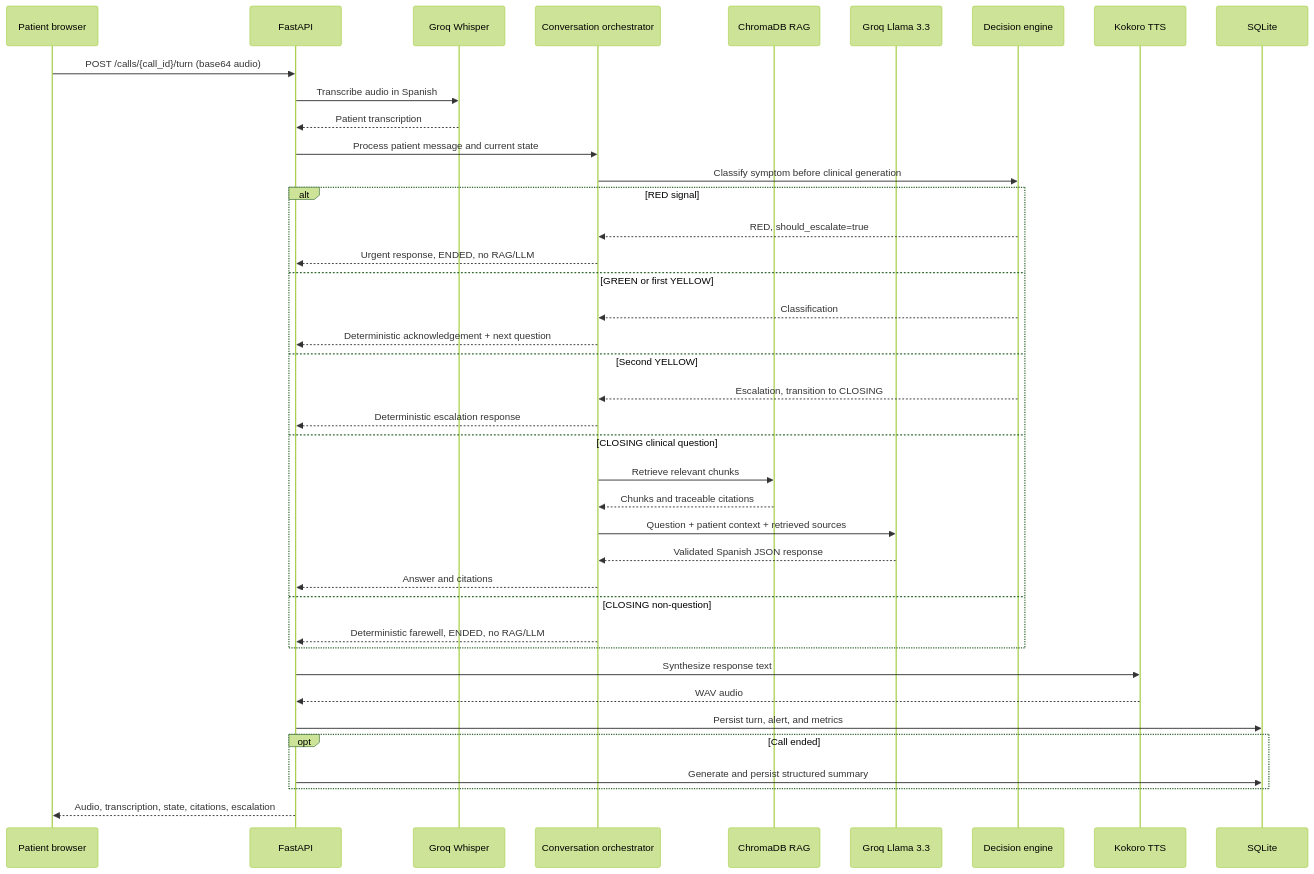
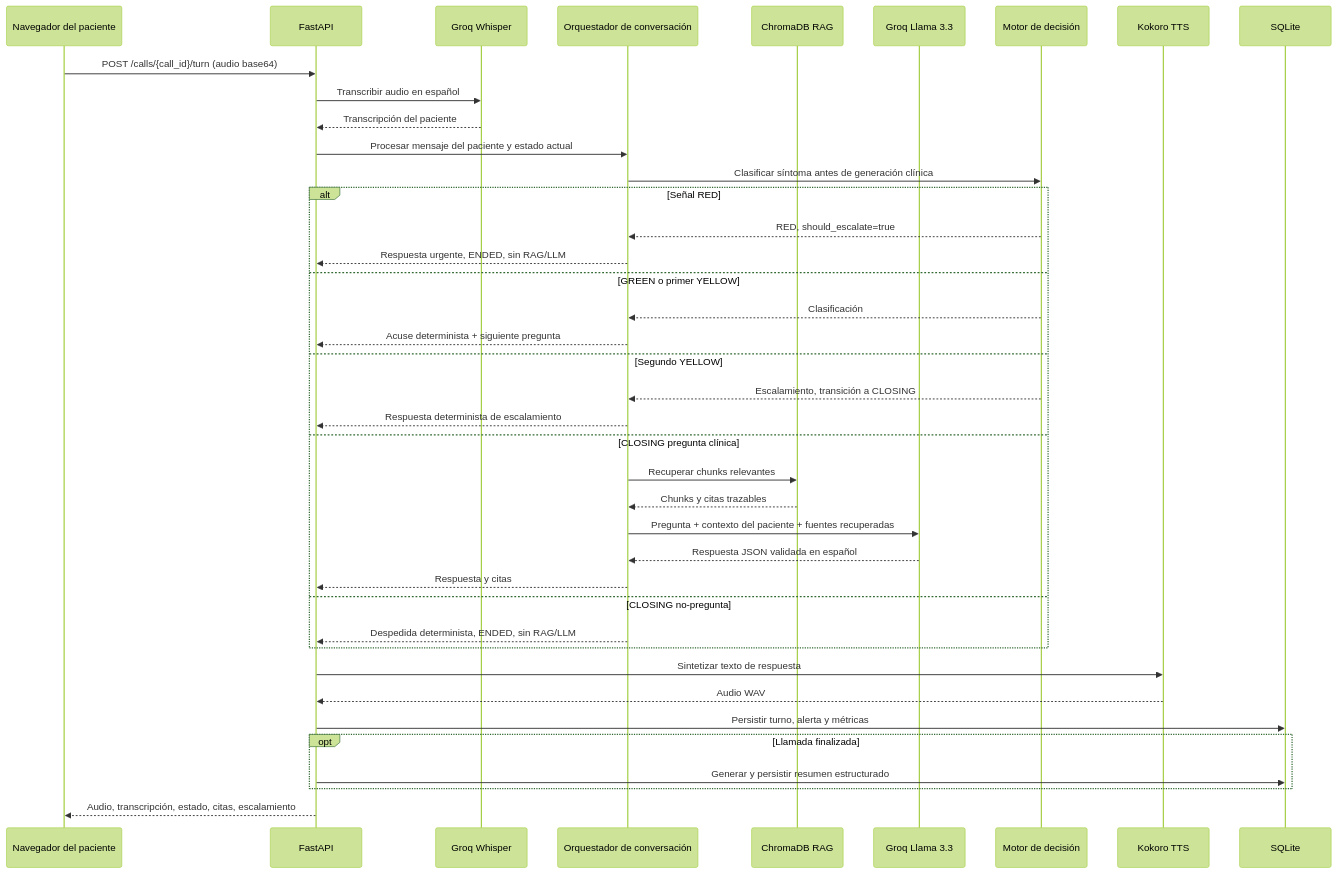
One commit to Edigiraldo/tech-sphere-challenge changed the second of 4 diagrams in docs/ARCHITECTURE-DIAGRAM.md. Above: the diagram before and after it, drawn with Mermaid (forest theme). The commit also changed other lines of this file and 4 other files, not shown here.

````diff
--- a/docs/ARCHITECTURE-DIAGRAM.md
+++ b/docs/ARCHITECTURE-DIAGRAM.md
@@ -80,45 +80,45 @@
 ```mermaid
 sequenceDiagram
-    participant P as Patient browser
+    participant P as Navegador del paciente
     participant API as FastAPI
     participant STT as Groq Whisper
-    participant C as Conversation orchestrator
+    participant C as Orquestador de conversación
     participant R as ChromaDB RAG
     participant L as Groq Llama 3.3
-    participant D as Decision engine
+    participant D as Motor de decisión
     participant T as Kokoro TTS
     participant DB as SQLite
 
-    P->>API: POST /calls/{call_id}/turn (base64 audio)
-    API->>STT: Transcribe audio in Spanish
-    STT-->>API: Patient transcription
-    API->>C: Process patient message and current state
-    C->>D: Classify symptom before clinical generation
+    P->>API: POST /calls/{call_id}/turn (audio base64)
+    API->>STT: Transcribir audio en español
+    STT-->>API: Transcripción del paciente
+    API->>C: Procesar mensaje del paciente y estado actual
+    C->>D: Clasificar síntoma antes de generación clínica
 
-    alt RED signal
+    alt Señal RED
         D-->>C: RED, should_escalate=true
-        C-->>API: Urgent response, ENDED, no RAG/LLM
-    else GREEN or first YELLOW
-        D-->>C: Classification
-        C-->>API: Deterministic acknowledgement + next question
-    else Second YELLOW
-        D-->>C: Escalation, transition to CLOSING
-        C-->>API: Deterministic escalation response
-    else CLOSING clinical question
-        C->>R: Retrieve relevant chunks
-        R-->>C: Chunks and traceable citations
-        C->>L: Question + patient context + retrieved sources
-        L-->>C: Validated Spanish JSON response
-        C-->>API: Answer and citations
-    else CLOSING non-question
-        C-->>API: Deterministic farewell, ENDED, no RAG/LLM
+        C-->>API: Respuesta urgente, ENDED, sin RAG/LLM
+    else GREEN o primer YELLOW
+        D-->>C: Clasificación
+        C-->>API: Acuse determinista + siguiente pregunta
+    else Segundo YELLOW
+        D-->>C: Escalamiento, transición a CLOSING
+        C-->>API: Respuesta determinista de escalamiento
+    else CLOSING pregunta clínica
+        C->>R: Recuperar chunks relevantes
+        R-->>C: Chunks y citas trazables
+        C->>L: Pregunta + contexto del paciente + fuentes recuperadas
+        L-->>C: Respuesta JSON validada en español
+        C-->>API: Respuesta y citas
+    else CLOSING no-pregunta
+        C-->>API: Despedida determinista, ENDED, sin RAG/LLM
     end
 
-    API->>T: Synthesize response text
-    T-->>API: WAV audio
-    API->>DB: Persist turn, alert, and metrics
-    opt Call ended
-        API->>DB: Generate and persist structured summary
+    API->>T: Sintetizar texto de respuesta
+    T-->>API: Audio WAV
+    API->>DB: Persistir turno, alerta y métricas
+    opt Llamada finalizada
+        API->>DB: Generar y persistir resumen estructurado
     end
-    API-->>P: Audio, transcription, state, citations, escalation
+    API-->>P: Audio, transcripción, estado, citas, escalamiento
 ```
````
